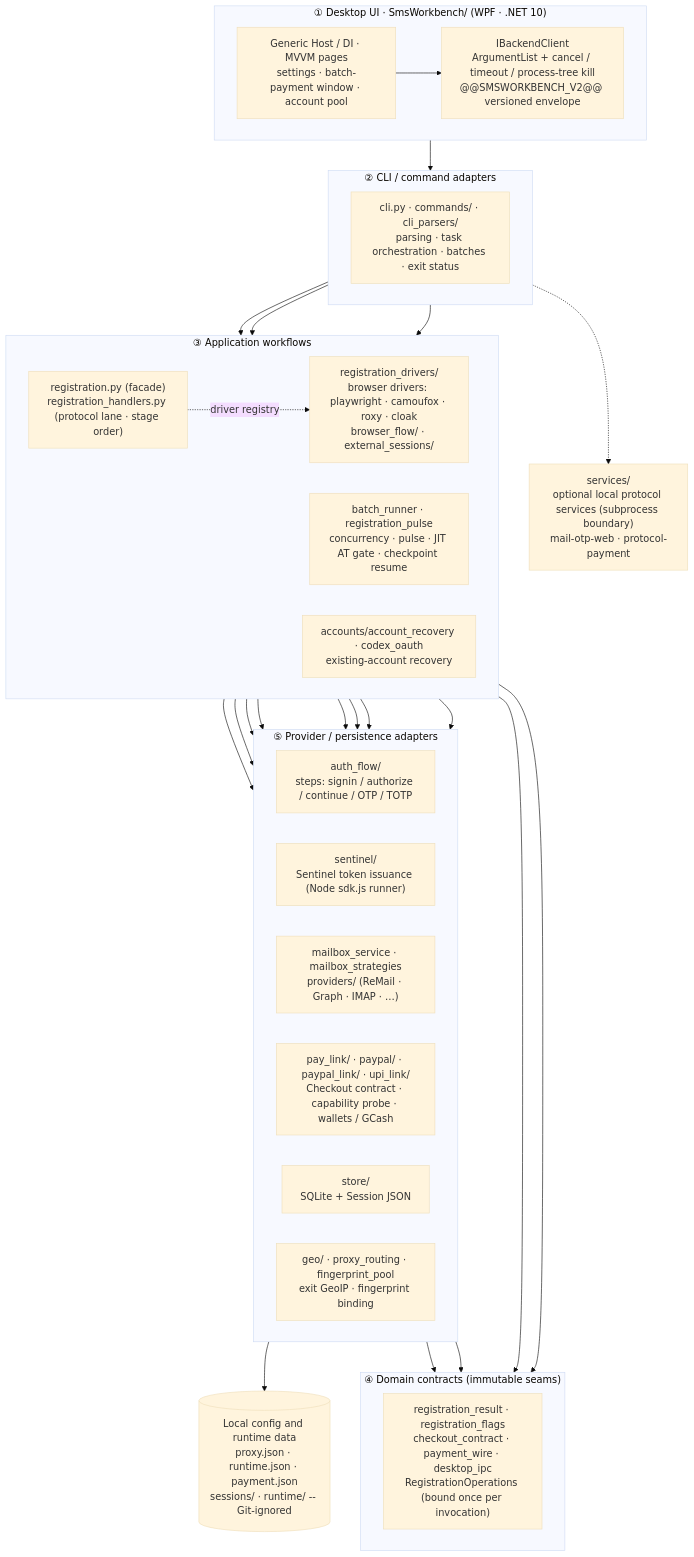
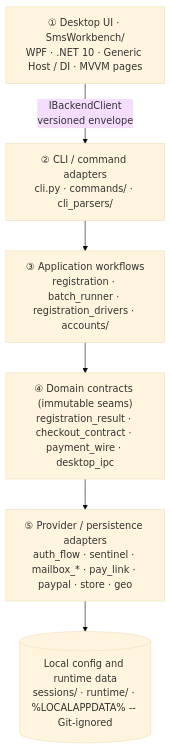
One commit to 2951461586/GPT-Register-Tool changed the diagram in README_EN.md. Above: the diagram before and after it, drawn with Mermaid (base theme). The commit also changed other lines of this file and 1 other file, not shown here.

Commit message:
docs(readme): replace the wide architecture diagram with a layered overview and module table
The single flowchart packed five `direction LR` subgraphs -- up to six nodes per
row -- into one graph. Its intrinsic width far exceeded GitHub's ~830px README
container, so the whole diagram was scaled down until the labels were unreadable
without zooming.

- Replace it with a vertical layer stack that renders at native scale (40-43
  columns wide), keeping the inward-only dependency direction explicit.
- Move the per-layer module detail into a layer / modules / responsibility
  table, which GitHub renders at full size and which survives refactors better
  than node labels do.
- Apply the same shape to README.md and README_EN.md.

````diff
--- a/README_EN.md
+++ b/README_EN.md
@@ -55,59 +55,14 @@
 ```mermaid
 flowchart TB
-    subgraph L1["① Desktop UI · SmsWorkbench/ (WPF · .NET 10)"]
-        direction LR
-        PANEL["Generic Host / DI · MVVM pages<br/>settings · batch-payment window · account pool"]
-        IPC["IBackendClient<br/>ArgumentList + cancel / timeout / process-tree kill<br/>@@SMSWORKBENCH_V2@@ versioned envelope"]
-    end
+    L1["① Desktop UI · SmsWorkbench/<br/>WPF · .NET 10 · Generic Host / DI · MVVM pages"]
+    L2["② CLI / command adapters<br/>cli.py · commands/ · cli_parsers/"]
+    L3["③ Application workflows<br/>registration · batch_runner · registration_drivers · accounts/"]
+    L4["④ Domain contracts (immutable seams)<br/>registration_result · checkout_contract · payment_wire · desktop_ipc"]
+    L5["⑤ Provider / persistence adapters<br/>auth_flow · sentinel · mailbox_* · pay_link · paypal · store · geo"]
 
-    subgraph L2["② CLI / command adapters"]
-        direction LR
-        CLI["cli.py · commands/ · cli_parsers/<br/>parsing · task orchestration · batches · exit status"]
-    end
-
-    subgraph L3["③ Application workflows"]
-        direction LR
-        REG["registration.py (facade)<br/>registration_handlers.py (protocol lane · stage order)"]
-        DRV["registration_drivers/<br/>browser drivers: playwright · camoufox · roxy · cloak<br/>browser_flow/ · external_sessions/"]
-        BATCH["batch_runner · registration_pulse<br/>concurrency · pulse · JIT AT gate · checkpoint resume"]
-        REC["accounts/account_recovery · codex_oauth<br/>existing-account recovery"]
-    end
-
-    subgraph L4["④ Domain contracts (immutable seams)"]
-        direction LR
-        SEAM["registration_result · registration_flags<br/>checkout_contract · payment_wire · desktop_ipc<br/>RegistrationOperations (bound once per invocation)"]
-    end
-
-    subgraph L5["⑤ Provider / persistence adapters"]
-        direction LR
-        AF["auth_flow/<br/>steps: signin / authorize / continue / OTP / TOTP"]
-        SEN["sentinel/<br/>Sentinel token issuance (Node sdk.js runner)"]
-        MB["mailbox_service · mailbox_strategies<br/>providers/ (ReMail · Graph · IMAP · …)"]
-        PAY["pay_link/ · paypal/ · paypal_link/ · upi_link/<br/>Checkout contract · capability probe · wallets / GCash"]
-        STO["store/<br/>SQLite + Session JSON"]
-        GEO["geo/ · proxy_routing · fingerprint_pool<br/>exit GeoIP · fingerprint binding"]
-    end
-
-    SVC["services/<br/>optional local protocol services (subprocess boundary)<br/>mail-otp-web · protocol-payment"]
-    LOCAL[("Local config and runtime data<br/>proxy.json · runtime.json · payment.json<br/>sessions/ · runtime/ -- Git-ignored")]
-
-    PANEL --> IPC --> CLI
-    CLI --> REG
-    CLI --> BATCH
-    CLI --> REC
-    REG --> AF
-    REG --> SEN
-    REG --> MB
-    REG --> GEO
-    REG --> STO
-    REG -. driver registry .-> DRV
-    DRV --> SEN
-    BATCH --> PAY
-    BATCH --> STO
-    REG --> SEAM
-    BATCH --> SEAM
-    AF --> SEAM
-    PAY --> SEAM
-    STO --> LOCAL
-    CLI -.-> SVC
+    L1 -->|"IBackendClient<br/>versioned envelope"| L2
+    L2 --> L3
+    L3 --> L4
+    L4 --> L5
+    L5 --> DATA[("Local config and runtime data<br/>sessions/ · runtime/ · %LOCALAPPDATA% -- Git-ignored")]
 ```
````
